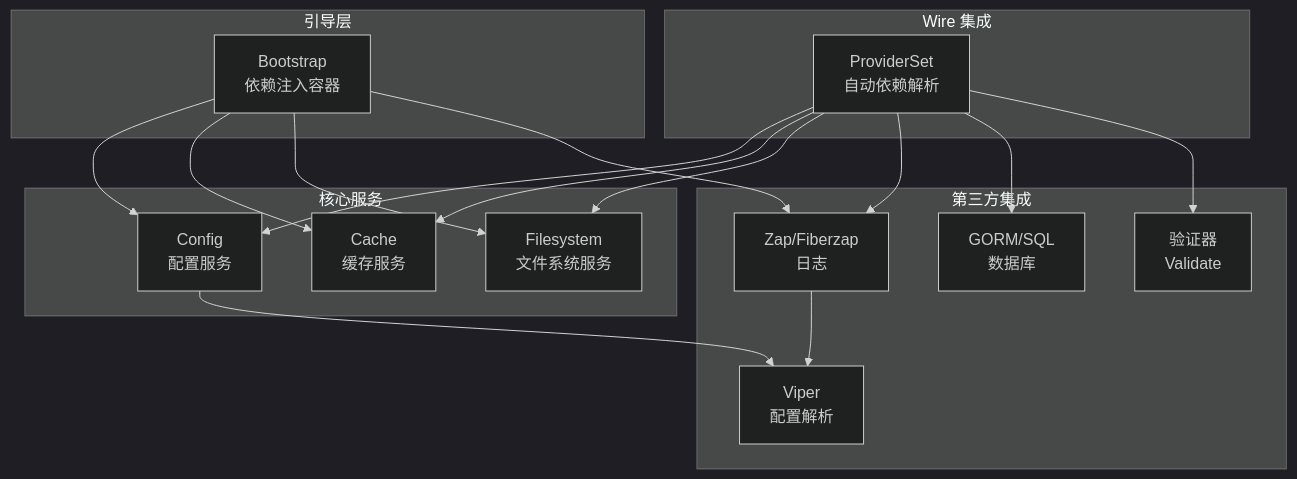
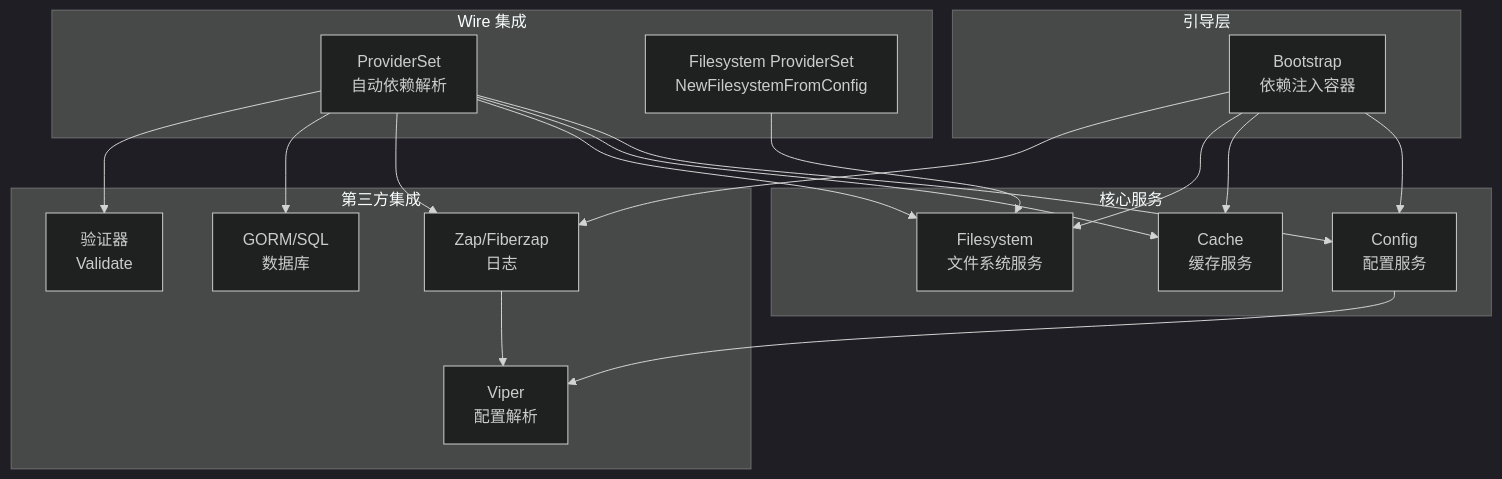
One commit to wuwuseo/cmf changed the first of 7 diagrams in .qoder/repowiki/zh/content/核心架构/依赖注入机制.md. Above: the diagram before and after it, drawn with Mermaid (dark theme). The commit also changed other lines of this file and 4 other files, not shown here.

````diff
--- a/.qoder/repowiki/zh/content/核心架构/依赖注入机制.md
+++ b/.qoder/repowiki/zh/content/核心架构/依赖注入机制.md
@@ -43,32 +44,34 @@
 ```mermaid
 graph TB
 subgraph "引导层"
 B["Bootstrap<br/>依赖注入容器"]
 end
 subgraph "核心服务"
 C["Config<br/>配置服务"]
 K["Cache<br/>缓存服务"]
 F["Filesystem<br/>文件系统服务"]
 end
 subgraph "Wire 集成"
 W["ProviderSet<br/>自动依赖解析"]
+FS["Filesystem ProviderSet<br/>NewFilesystemFromConfig"]
 end
 subgraph "第三方集成"
 V["Viper<br/>配置解析"]
 Z["Zap/Fiberzap<br/>日志"]
 ORM["GORM/SQL<br/>数据库"]
 VAL["验证器<br/>Validate"]
 end
 B --> C
 B --> K
 B --> F
 W --> C
 W --> K
 W --> F
 W --> Z
 W --> ORM
 W --> VAL
+FS --> F
 C --> V
 B --> Z
 Z --> V
 ```
````
